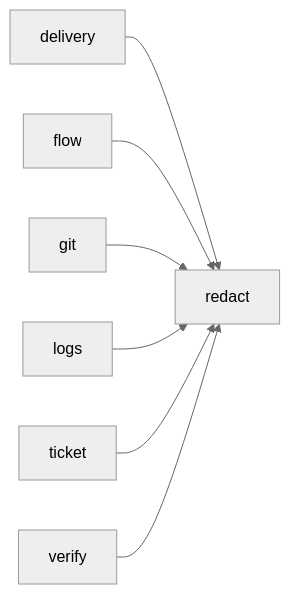
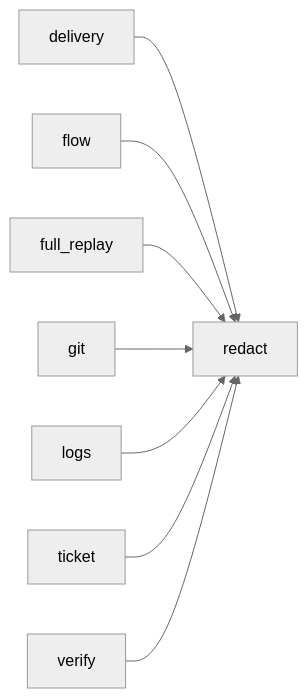
Before and after one commit to plaplanche/ariane: the third of 3 diagrams in docs/architecture/modules/redact.md, drawn with Mermaid (neutral theme). The commit also changed 41 other files, not shown here.

Commit message:
#186: Sampled full replay, escapes and escape rate in ariane report (C9, C19)

````diff
--- a/docs/architecture/modules/redact.md
+++ b/docs/architecture/modules/redact.md
@@ -46,9 +46,10 @@
 ```mermaid
 flowchart LR
   delivery --> redact
   flow --> redact
+  full_replay --> redact
   git --> redact
   logs --> redact
   ticket --> redact
   verify --> redact
 ```
````
